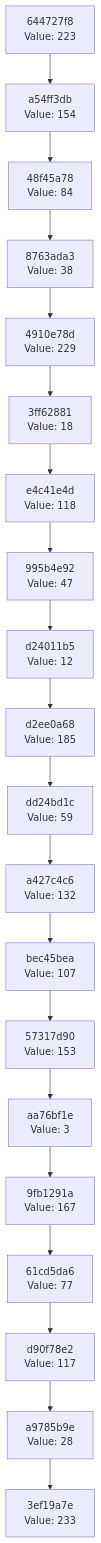
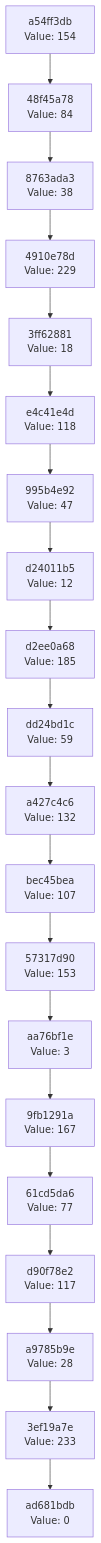
The diagram in docs/CHAIN_VISUALIZATION.md (Abhisheksinha1506/hash-chain-evolver), drawn with Mermaid before and after one commit. The commit also changed 3 other files, not shown here.

````diff
--- a/docs/CHAIN_VISUALIZATION.md
+++ b/docs/CHAIN_VISUALIZATION.md
@@ -3,42 +3,42 @@
 ```mermaid
 graph TD
-    C0["3ef19a7e<br/>Value: 233"]
-    C1["a9785b9e<br/>Value: 28"]
+    C0["ad681bdb<br/>Value: 0"]
+    C1["3ef19a7e<br/>Value: 233"]
     C1 --> C0
-    C2["d90f78e2<br/>Value: 117"]
+    C2["a9785b9e<br/>Value: 28"]
     C2 --> C1
-    C3["61cd5da6<br/>Value: 77"]
+    C3["d90f78e2<br/>Value: 117"]
     C3 --> C2
-    C4["9fb1291a<br/>Value: 167"]
+    C4["61cd5da6<br/>Value: 77"]
     C4 --> C3
-    C5["aa76bf1e<br/>Value: 3"]
+    C5["9fb1291a<br/>Value: 167"]
     C5 --> C4
-    C6["57317d90<br/>Value: 153"]
+    C6["aa76bf1e<br/>Value: 3"]
     C6 --> C5
-    C7["bec45bea<br/>Value: 107"]
+    C7["57317d90<br/>Value: 153"]
     C7 --> C6
-    C8["a427c4c6<br/>Value: 132"]
+    C8["bec45bea<br/>Value: 107"]
     C8 --> C7
-    C9["dd24bd1c<br/>Value: 59"]
+    C9["a427c4c6<br/>Value: 132"]
     C9 --> C8
-    C10["d2ee0a68<br/>Value: 185"]
+    C10["dd24bd1c<br/>Value: 59"]
     C10 --> C9
-    C11["d24011b5<br/>Value: 12"]
+    C11["d2ee0a68<br/>Value: 185"]
     C11 --> C10
-    C12["995b4e92<br/>Value: 47"]
+    C12["d24011b5<br/>Value: 12"]
     C12 --> C11
-    C13["e4c41e4d<br/>Value: 118"]
+    C13["995b4e92<br/>Value: 47"]
     C13 --> C12
-    C14["3ff62881<br/>Value: 18"]
+    C14["e4c41e4d<br/>Value: 118"]
     C14 --> C13
-    C15["4910e78d<br/>Value: 229"]
+    C15["3ff62881<br/>Value: 18"]
     C15 --> C14
-    C16["8763ada3<br/>Value: 38"]
+    C16["4910e78d<br/>Value: 229"]
     C16 --> C15
-    C17["48f45a78<br/>Value: 84"]
+    C17["8763ada3<br/>Value: 38"]
     C17 --> C16
-    C18["a54ff3db<br/>Value: 154"]
+    C18["48f45a78<br/>Value: 84"]
     C18 --> C17
-    C19["644727f8<br/>Value: 223"]
+    C19["a54ff3db<br/>Value: 154"]
     C19 --> C18
 ```
````
